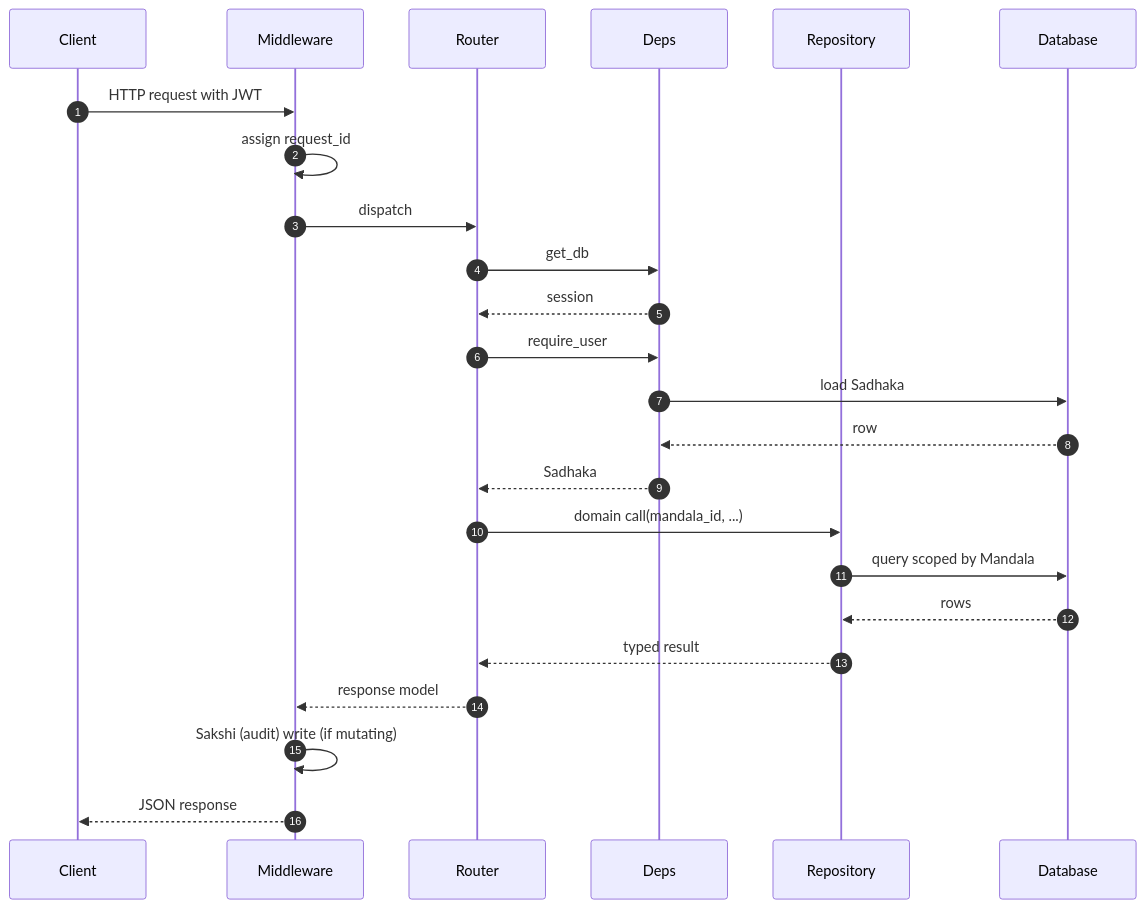
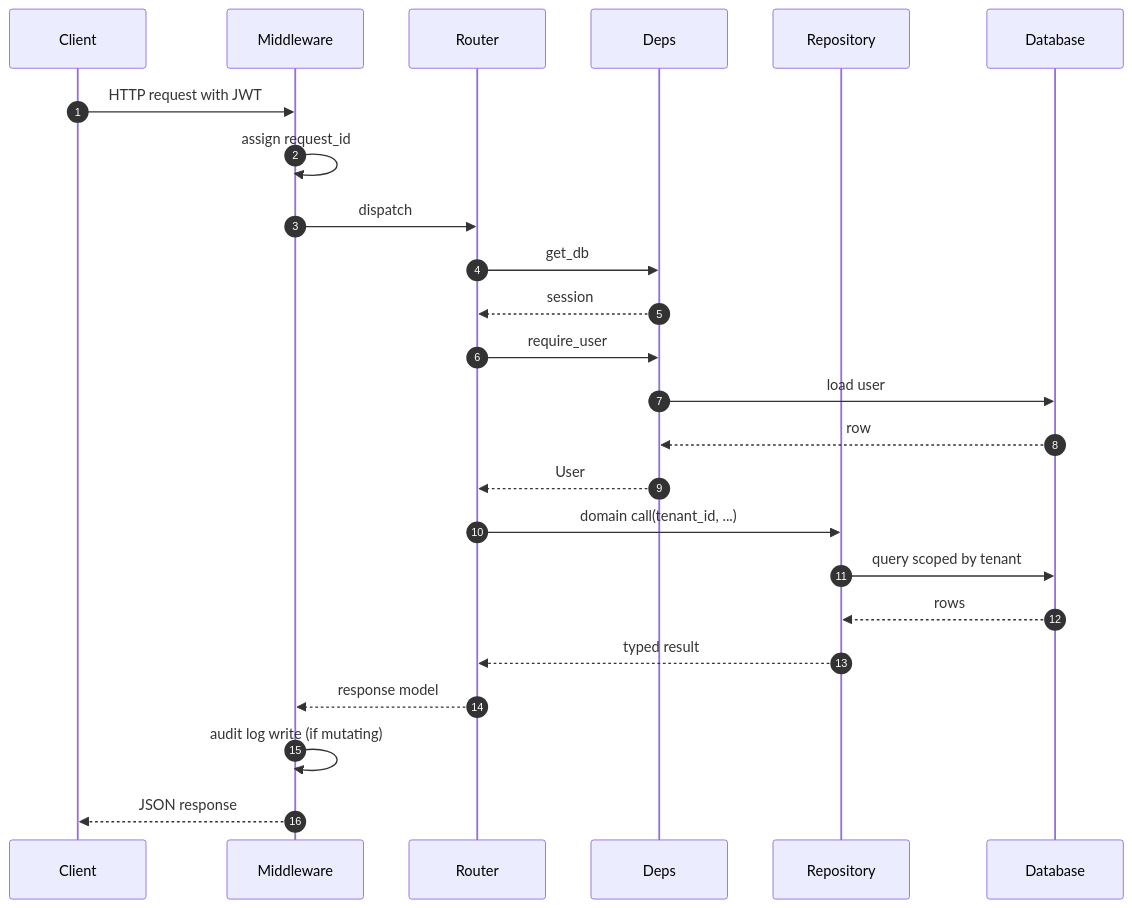
Before and after one commit to so-weak/Aakaar: the third of 5 diagrams in documentation/src/03-Backend-Architecture.md, drawn with Mermaid. The commit also changed other lines of this file and 23 other files, not shown here.

````diff
--- a/documentation/src/03-Backend-Architecture.md
+++ b/documentation/src/03-Backend-Architecture.md
@@ -147,27 +146,27 @@
 ```mermaid
 sequenceDiagram
   autonumber
   participant C as Client
   participant MW as Middleware
   participant R as Router
   participant D as Deps
   participant Q as Repository
   participant DB as Database
 
   C->>MW: HTTP request with JWT
   MW->>MW: assign request_id
   MW->>R: dispatch
   R->>D: get_db
   D-->>R: session
   R->>D: require_user
-  D->>DB: load Sadhaka
+  D->>DB: load user
   DB-->>D: row
-  D-->>R: Sadhaka
-  R->>Q: domain call(mandala_id, ...)
-  Q->>DB: query scoped by Mandala
+  D-->>R: User
+  R->>Q: domain call(tenant_id, ...)
+  Q->>DB: query scoped by tenant
   DB-->>Q: rows
   Q-->>R: typed result
   R-->>MW: response model
-  MW->>MW: Sakshi (audit) write (if mutating)
+  MW->>MW: audit log write (if mutating)
   MW-->>C: JSON response
 ```
````
